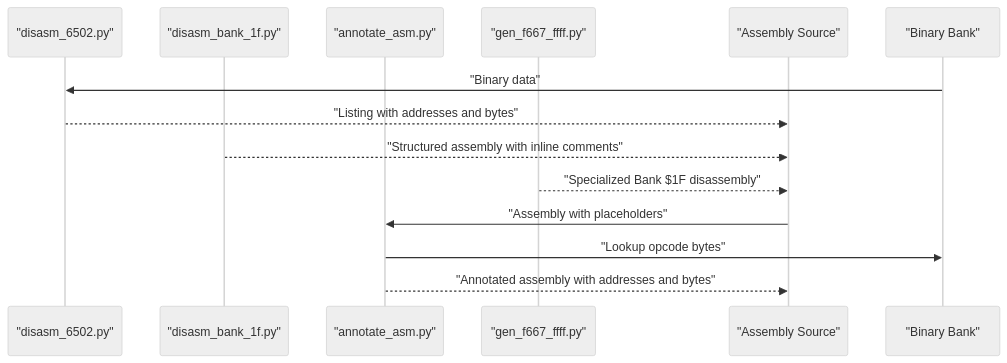
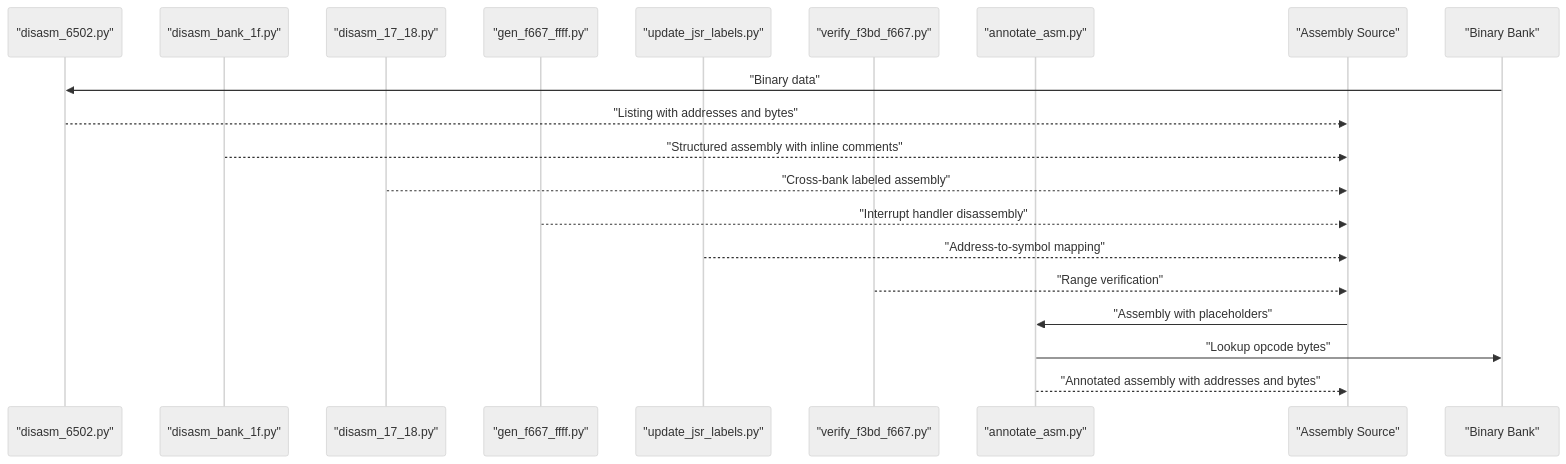
The fifth of 11 diagrams in .qoder/repowiki/en/content/Build System and Tools/Build System and Tools.md (rabbyzero/sango2dasm), drawn with Mermaid (neutral theme) before and after one commit. The commit also changed other lines of this file and 21 other files, not shown here.

````diff
--- a/.qoder/repowiki/en/content/Build System and Tools/Build System and Tools.md
+++ b/.qoder/repowiki/en/content/Build System and Tools/Build System and Tools.md
@@ -333,16 +317,22 @@
 ```mermaid
 sequenceDiagram
 participant DS as "disasm_6502.py"
 participant DS1F as "disasm_bank_1f.py"
+participant DS17_18 as "disasm_17_18.py"
+participant GEN as "gen_f667_ffff.py"
+participant UPDATE as "update_jsr_labels.py"
+participant VERIFY as "verify_f3bd_f667.py"
 participant AN as "annotate_asm.py"
-participant GF as "gen_f667_ffff.py"
 participant ASM as "Assembly Source"
 participant BIN as "Binary Bank"
 BIN->>DS : "Binary data"
 DS-->>ASM : "Listing with addresses and bytes"
 DS1F-->>ASM : "Structured assembly with inline comments"
-GF-->>ASM : "Specialized Bank $1F disassembly"
+DS17_18-->>ASM : "Cross-bank labeled assembly"
+GEN-->>ASM : "Interrupt handler disassembly"
+UPDATE-->>ASM : "Address-to-symbol mapping"
+VERIFY-->>ASM : "Range verification"
 ASM->>AN : "Assembly with placeholders"
 AN->>BIN : "Lookup opcode bytes"
 AN-->>ASM : "Annotated assembly with addresses and bytes"
 ```
````
